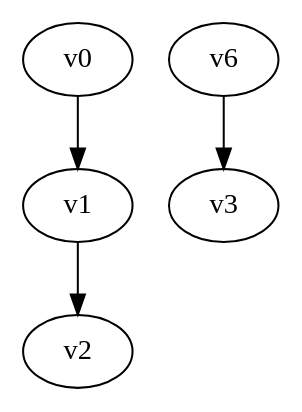
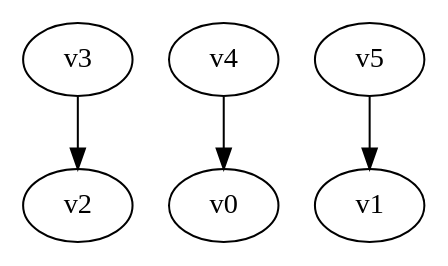
Before and after one commit to yadej/graph_project: the diagram in digraph.dot, drawn with Graphviz. The commit also changed 2 other files, not shown here.

```diff
--- a/digraph.dot
+++ b/digraph.dot
@@ -1,4 +1,5 @@
 digraph G { 
-v0 -> v1 -> v2;
-v6 -> v3;
+v3 -> v2;
+v4 -> v0;
+v5 -> v1;
 }
```
